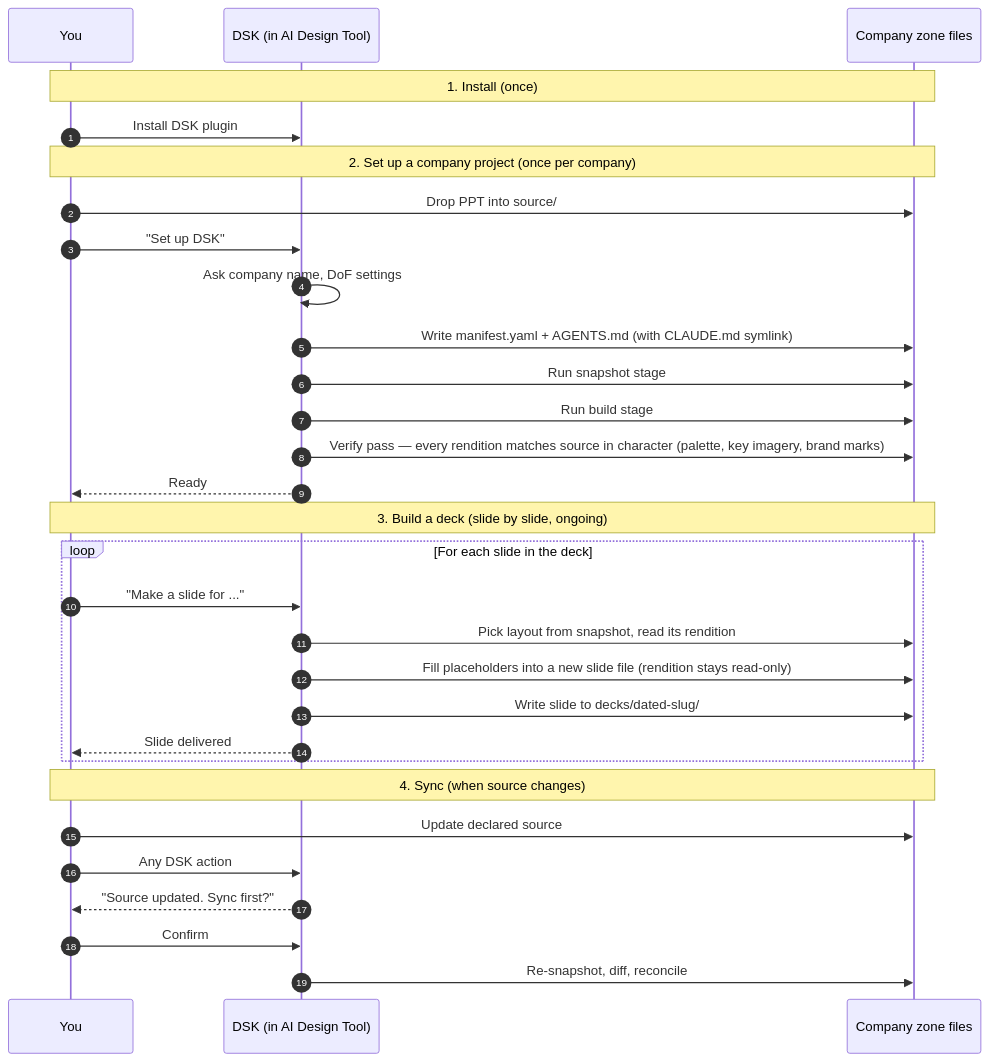
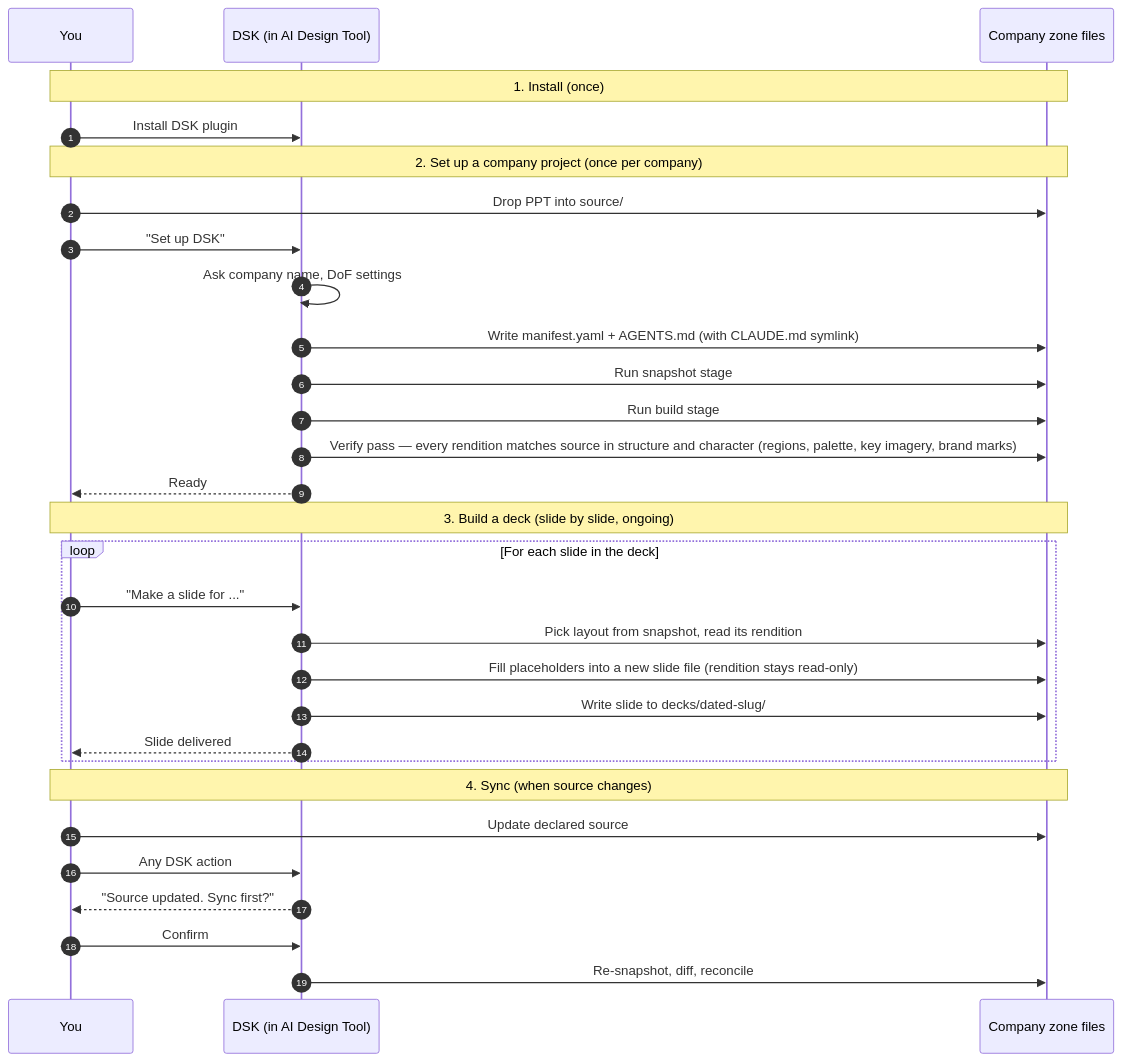
Before and after one commit to dawid-dahl-umain/design-system-kernel: the first of 5 diagrams in dsk/skills/context/lifecycles.md, drawn with Mermaid. The commit also changed other lines of this file and 5 other files, not shown here.

````diff
--- a/dsk/skills/context/lifecycles.md
+++ b/dsk/skills/context/lifecycles.md
@@ -15,36 +15,36 @@
 ```mermaid
 sequenceDiagram
     autonumber
     participant You
     participant DSK as DSK (in AI Design Tool)
     participant Files as Company zone files
 
     Note over You,Files: 1. Install (once)
     You->>DSK: Install DSK plugin
 
     Note over You,Files: 2. Set up a company project (once per company)
     You->>Files: Drop PPT into source/
     You->>DSK: "Set up DSK"
     DSK->>DSK: Ask company name, DoF settings
     DSK->>Files: Write manifest.yaml + AGENTS.md (with CLAUDE.md symlink)
     DSK->>Files: Run snapshot stage
     DSK->>Files: Run build stage
-    DSK->>Files: Verify pass — every rendition matches source in character (palette, key imagery, brand marks)
+    DSK->>Files: Verify pass — every rendition matches source in structure and character (regions, palette, key imagery, brand marks)
     DSK-->>You: Ready
 
     Note over You,Files: 3. Build a deck (slide by slide, ongoing)
     loop For each slide in the deck
         You->>DSK: "Make a slide for ..."
         DSK->>Files: Pick layout from snapshot, read its rendition
         DSK->>Files: Fill placeholders into a new slide file (rendition stays read-only)
         DSK->>Files: Write slide to decks/dated-slug/
         DSK-->>You: Slide delivered
     end
 
     Note over You,Files: 4. Sync (when source changes)
     You->>Files: Update declared source
     You->>DSK: Any DSK action
     DSK-->>You: "Source updated. Sync first?"
     You->>DSK: Confirm
     DSK->>Files: Re-snapshot, diff, reconcile
 ```
````
